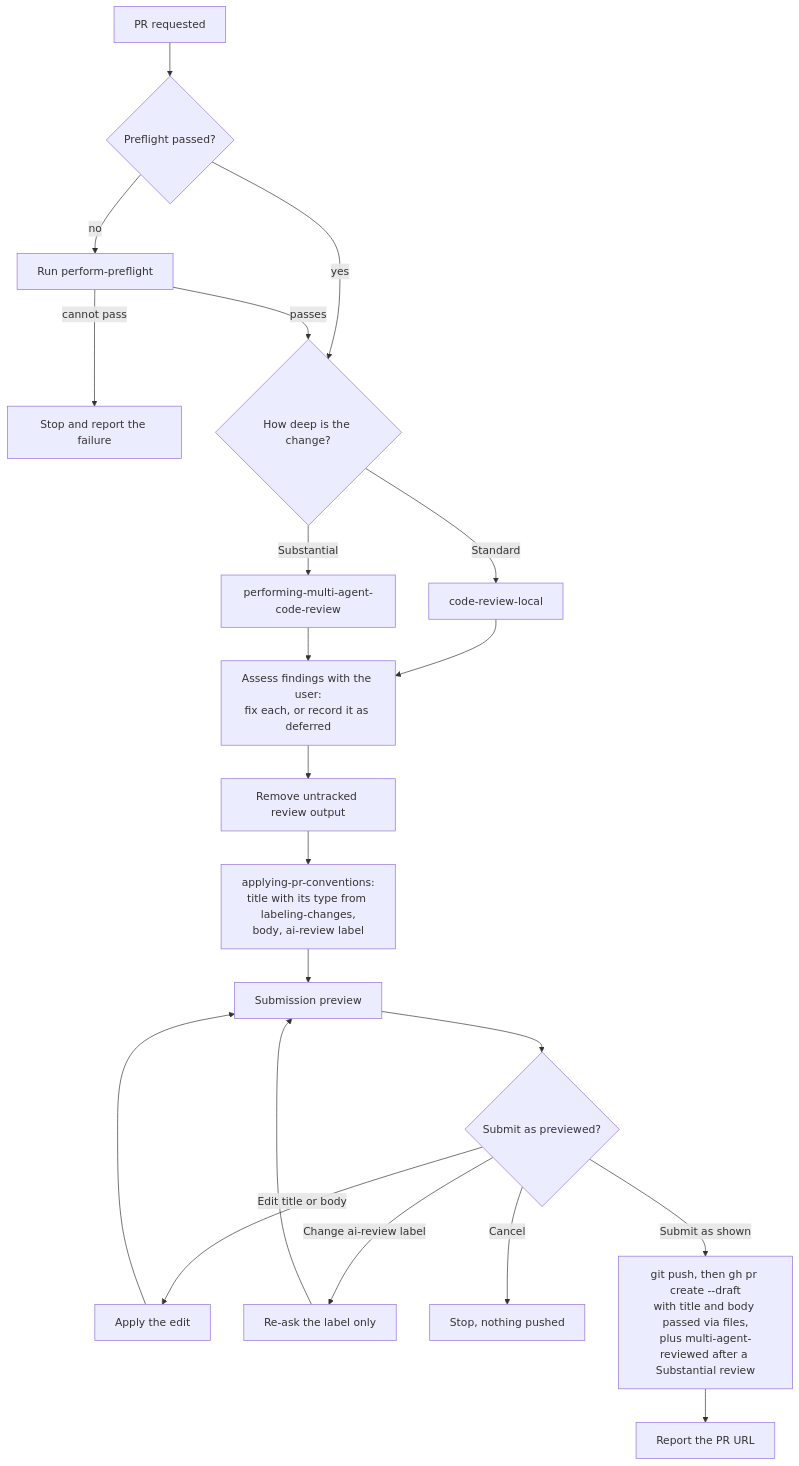
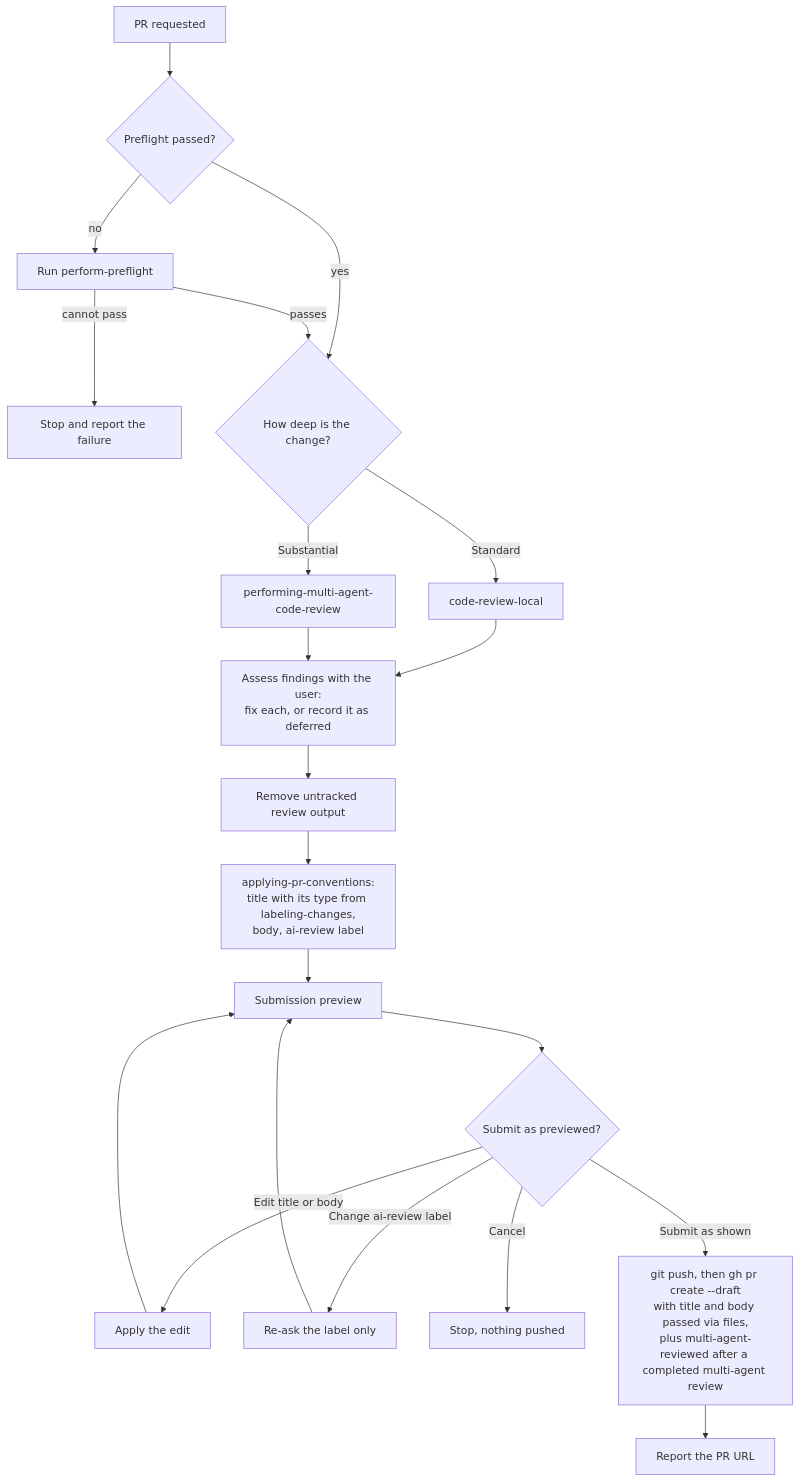
One commit to bitwarden/ai-plugins changed the second of 3 diagrams in plugins/bitwarden-delivery-tools/docs/commit-and-pr-flows.md. Above: the diagram before and after it, drawn with Mermaid. The commit also changed other lines of this file and 3 other files, not shown here.

Commit message:
Tighten multi-agent-reviewed label rule per review feedback

````diff
--- a/plugins/bitwarden-delivery-tools/docs/commit-and-pr-flows.md
+++ b/plugins/bitwarden-delivery-tools/docs/commit-and-pr-flows.md
@@ -43,41 +43,41 @@
 ```mermaid
 graph TD
     start[PR requested]
     preflightDone{Preflight passed?}
     runPreflight[Run perform-preflight]
     preflightFailed[Stop and report the failure]
     depth{How deep is the change?}
     standard[code-review-local]
     substantial[performing-multi-agent-code-review]
     assess[Assess findings with the user:<br/>fix each, or record it as deferred]
     clean[Remove untracked review output]
     conventions[applying-pr-conventions:<br/>title with its type from labeling-changes,<br/>body, ai-review label]
     preview[Submission preview]
     confirm{Submit as previewed?}
     edit[Apply the edit]
     relabel[Re-ask the label only]
     cancel[Stop, nothing pushed]
-    push[git push, then gh pr create --draft<br/>with title and body passed via files,<br/>plus multi-agent-reviewed after a Substantial review]
+    push[git push, then gh pr create --draft<br/>with title and body passed via files,<br/>plus multi-agent-reviewed after a completed multi-agent review]
     url[Report the PR URL]
 
     start --> preflightDone
     preflightDone -->|yes| depth
     preflightDone -->|no| runPreflight
     runPreflight -->|passes| depth
     runPreflight -->|cannot pass| preflightFailed
     depth -->|Standard| standard
     depth -->|Substantial| substantial
     standard --> assess
     substantial --> assess
     assess --> clean
     clean --> conventions
     conventions --> preview
     preview --> confirm
     confirm -->|Submit as shown| push
     confirm -->|Edit title or body| edit
     confirm -->|Change ai-review label| relabel
     confirm -->|Cancel| cancel
     edit --> preview
     relabel --> preview
     push --> url
 ```
````
